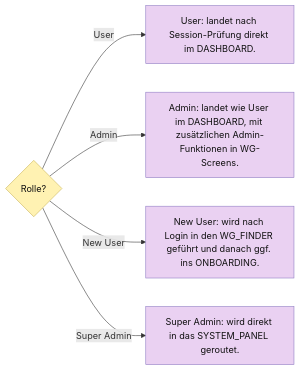
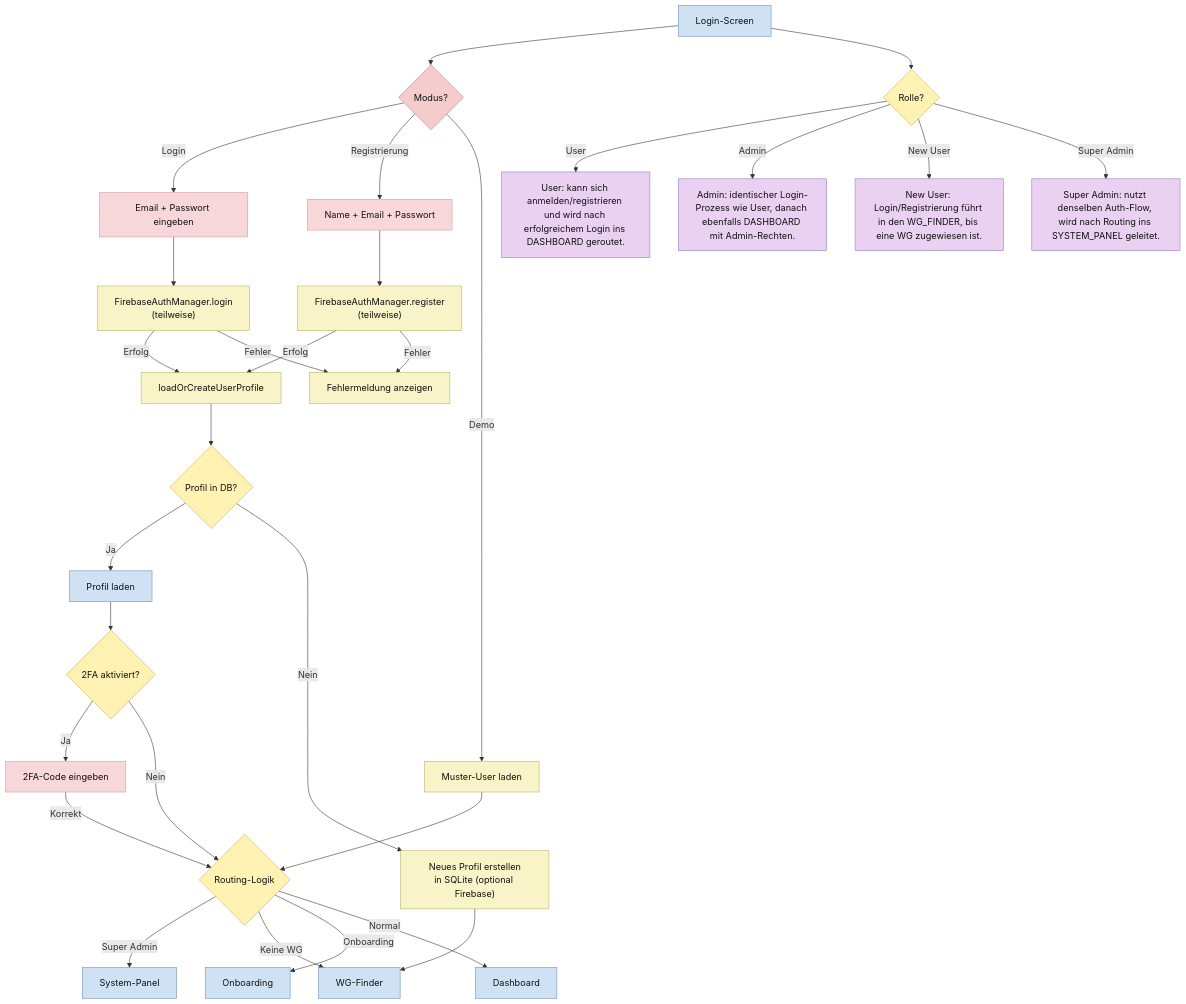
Before and after one commit to Nejy190501/WGManager: the third of 27 diagrams in ABLAUFDIAGRAMM.md, drawn with Mermaid. The commit also changed other lines of this file, not shown here.

````diff
--- a/ABLAUFDIAGRAMM.md
+++ b/ABLAUFDIAGRAMM.md
@@ -115,23 +129,59 @@
 ```mermaid
-flowchart LR
-    R{"Rolle?"}
-    U["User: landet nach Session-Prüfung direkt im DASHBOARD."]
-    A["Admin: landet wie User im DASHBOARD, mit zusätzlichen Admin-Funktionen in WG-Screens."]
-    N["New User: wird nach Login in den WG_FINDER geführt und danach ggf. ins ONBOARDING."]
-    S["Super Admin: wird direkt in das SYSTEM_PANEL geroutet."]
-    R -->|User| U
-    R -->|Admin| A
-    R -->|New User| N
-    R -->|Super Admin| S
+flowchart TD
+    A["Login-Screen"] --> B{"Modus?"}
+    B -->|Login| C["Email + Passwort eingeben"]
+    B -->|Registrierung| D["Name + Email + Passwort"]
+    B -->|Demo| E["Muster-User laden"]
+    
+    C --> F["FirebaseAuthManager.login<br/>(teilweise)"]
+    F -->|Erfolg| G["loadOrCreateUserProfile"]
+    F -->|Fehler| H["Fehlermeldung anzeigen"]
+    
+    D --> I["FirebaseAuthManager.register<br/>(teilweise)"]
+    I -->|Erfolg| G
+    I -->|Fehler| H
+    
+    G --> J{"Profil in DB?"}
+    J -->|Ja| K["Profil laden"]
+    J -->|Nein| L["Neues Profil erstellen<br/>in SQLite (optional Firebase)"]
+    
+    K --> M{"2FA aktiviert?"}
+    L --> N["WG-Finder"]
+    M -->|Ja| O["2FA-Code eingeben"]
+    M -->|Nein| P{"Routing-Logik"}
+    O -->|Korrekt| P
+    P -->|Super Admin| Q["System-Panel"]
+    P -->|Keine WG| N
+    P -->|Onboarding| R["Onboarding"]
+    P -->|Normal| S["Dashboard"]
+    
+    E --> P
+
+
+    A --> RLQ{"Rolle?"}
+    RLU["User: kann sich anmelden/registrieren und wird nach erfolgreichem Login ins DASHBOARD geroutet."]
+    RLA["Admin: identischer Login-Prozess wie User, danach ebenfalls DASHBOARD mit Admin-Rechten."]
+    RLN["New User: Login/Registrierung führt in den WG_FINDER, bis eine WG zugewiesen ist."]
+    RLS["Super Admin: nutzt denselben Auth-Flow, wird nach Routing ins SYSTEM_PANEL geleitet."]
+    RLQ -->|User| RLU
+    RLQ -->|Admin| RLA
+    RLQ -->|New User| RLN
+    RLQ -->|Super Admin| RLS
 
     classDef userAction fill:#ead1f2,stroke:#8e7cc3,color:#111;
     classDef systemAction fill:#f9f4c7,stroke:#b7b26a,color:#111;
     classDef userDecision fill:#f4cccc,stroke:#cc7a7a,color:#111;
     classDef systemDecision fill:#fff2b2,stroke:#c9b458,color:#111;
     classDef button fill:#f4a6a6,stroke:#c97b7b,color:#111;
     classDef userInput fill:#f8d7da,stroke:#d49aa2,color:#111;
     classDef screen fill:#cfe2f3,stroke:#6c8ebf,color:#111;
 
-    class R systemDecision;
-    class U,A,N,S userAction;
+    class E systemAction;
+    class F,G,H,I,L systemAction;
+    class B userDecision;
+    class J,M,P systemDecision;
+    class C,D,O userInput;
+    class A,K,N,Q,R,S screen;
+    class RLQ systemDecision;
+    class RLU,RLA,RLN,RLS userAction;
 ```
````
